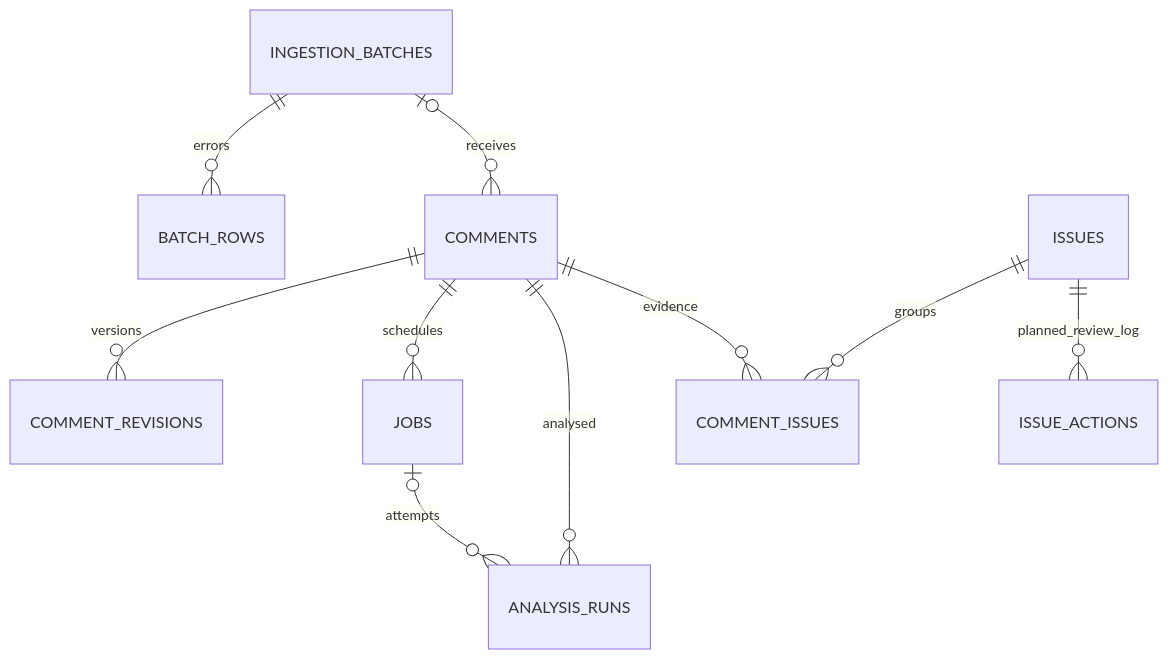
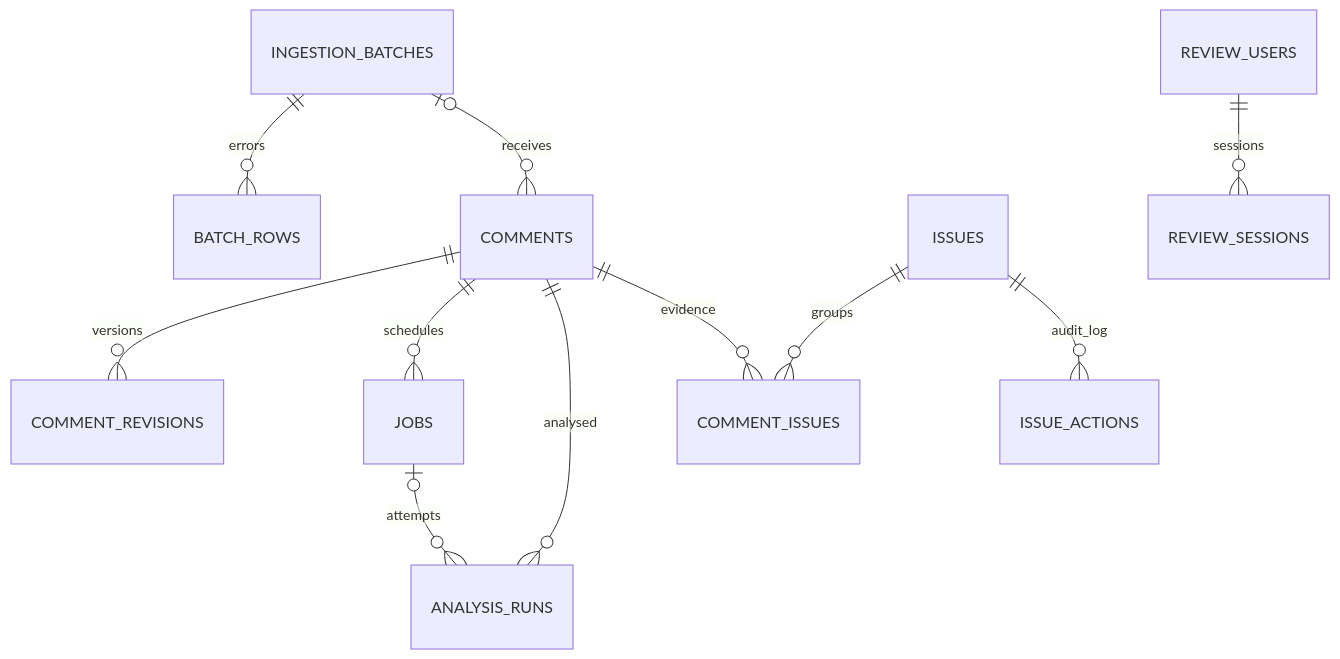
The second of 6 diagrams in docs/architecture.md (Fei-stack-wq/maie6000c-PRI), drawn with Mermaid before and after one commit. The commit also changed other lines of this file and 10 other files, not shown here.

Commit message:
Fix documentation access and verify authenticated review flow

````diff
--- a/docs/architecture.md
+++ b/docs/architecture.md
@@ -77,12 +81,13 @@
 ```mermaid
 erDiagram
     INGESTION_BATCHES ||--o{ BATCH_ROWS : errors
     INGESTION_BATCHES |o--o{ COMMENTS : receives
     COMMENTS ||--o{ COMMENT_REVISIONS : versions
     COMMENTS ||--o{ JOBS : schedules
     JOBS |o--o{ ANALYSIS_RUNS : attempts
     COMMENTS ||--o{ ANALYSIS_RUNS : analysed
     COMMENTS ||--o{ COMMENT_ISSUES : evidence
     ISSUES ||--o{ COMMENT_ISSUES : groups
-    ISSUES ||--o{ ISSUE_ACTIONS : planned_review_log
+    ISSUES ||--o{ ISSUE_ACTIONS : audit_log
+    REVIEW_USERS ||--o{ REVIEW_SESSIONS : sessions
 ```
````
